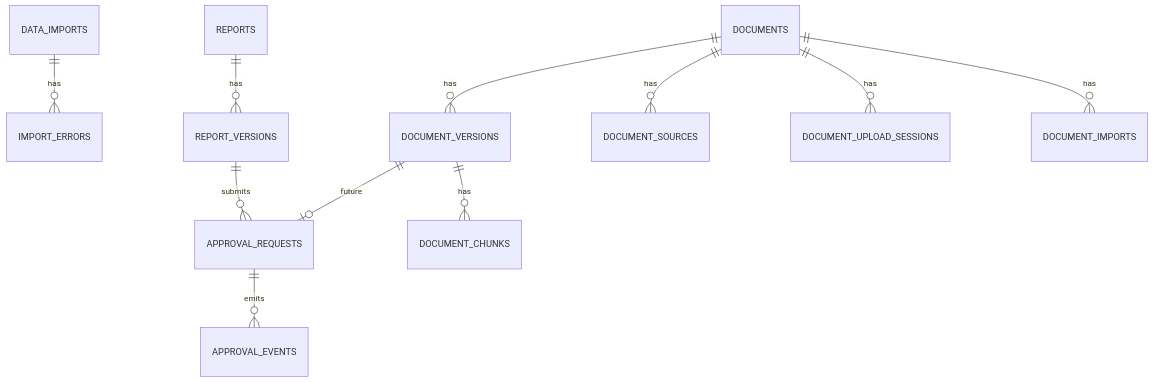
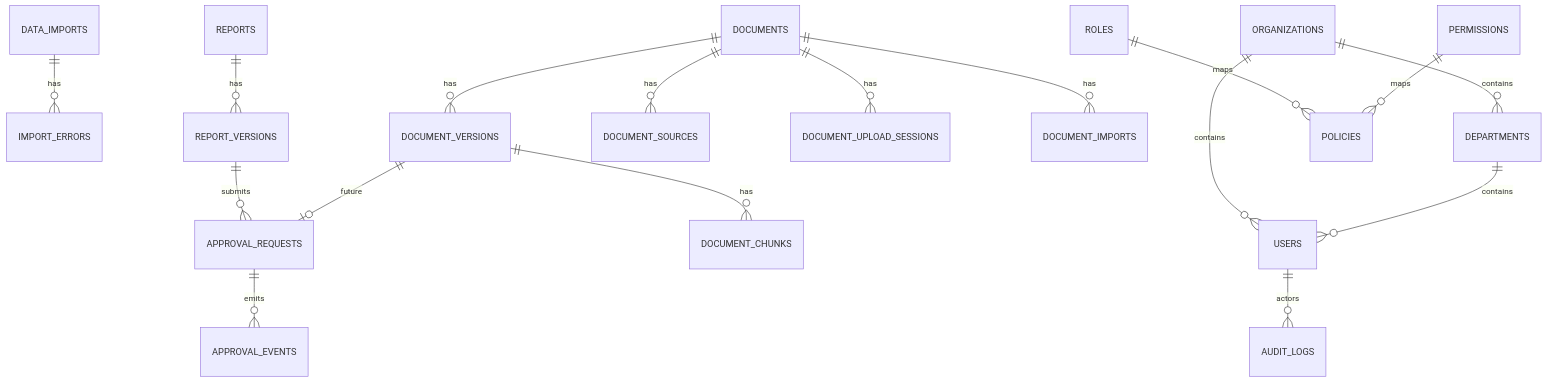
One commit to kurekako2017/vscode_study changed the diagram in ai-lab/ai-learn/retail-insight-ai/docs/DATABASE.md. Above: the diagram before and after it, drawn with Mermaid. The commit also changed other lines of this file and 49 other files, not shown here.

````diff
--- a/ai-lab/ai-learn/retail-insight-ai/docs/DATABASE.md
+++ b/ai-lab/ai-learn/retail-insight-ai/docs/DATABASE.md
@@ -328,13 +462,19 @@
 ```mermaid
 erDiagram
     DATA_IMPORTS ||--o{ IMPORT_ERRORS : has
     REPORTS ||--o{ REPORT_VERSIONS : has
     REPORT_VERSIONS ||--o{ APPROVAL_REQUESTS : submits
     APPROVAL_REQUESTS ||--o{ APPROVAL_EVENTS : emits
     DOCUMENTS ||--o{ DOCUMENT_VERSIONS : has
     DOCUMENTS ||--o{ DOCUMENT_SOURCES : has
     DOCUMENT_VERSIONS ||--o{ DOCUMENT_CHUNKS : has
     DOCUMENTS ||--o{ DOCUMENT_UPLOAD_SESSIONS : has
     DOCUMENTS ||--o{ DOCUMENT_IMPORTS : has
     DOCUMENT_VERSIONS ||--o| APPROVAL_REQUESTS : future
+    USERS ||--o{ AUDIT_LOGS : actors
+    ORGANIZATIONS ||--o{ USERS : contains
+    ORGANIZATIONS ||--o{ DEPARTMENTS : contains
+    DEPARTMENTS ||--o{ USERS : contains
+    ROLES ||--o{ POLICIES : maps
+    PERMISSIONS ||--o{ POLICIES : maps
 ```
````
